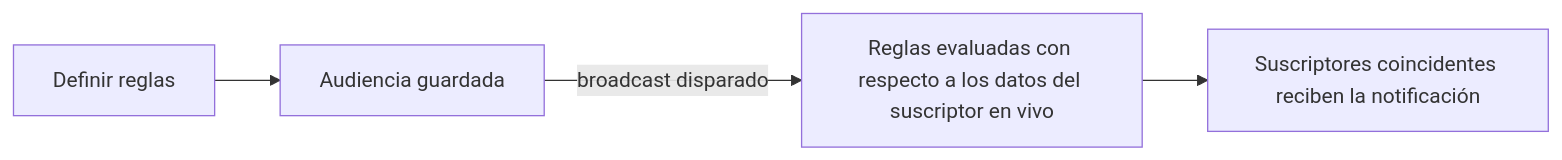
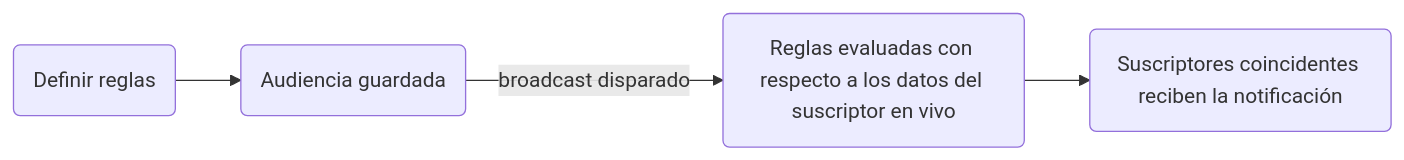
The diagram in content/docs/es/platform/features/audiences.mdx (KriyanshKhunt/nexus_docs), drawn with Mermaid before and after one commit. The commit also changed 20 other files, not shown here.

Commit message:
Handle es Mermaid charts

````diff
--- a/content/docs/es/platform/features/audiences.mdx
+++ b/content/docs/es/platform/features/audiences.mdx
@@ -14,6 +14,6 @@
 ```mermaid
 flowchart LR
-  D[Definir reglas] --> A[Audiencia guardada]
-  A -->|broadcast disparado| E[Reglas evaluadas con respecto a los datos del suscriptor en vivo]
-  E --> M[Suscriptores coincidentes reciben la notificación]
+  D(Definir reglas) --> A(Audiencia guardada)
+  A -->|broadcast disparado| E(Reglas evaluadas con respecto a los datos del suscriptor en vivo)
+  E --> M(Suscriptores coincidentes reciben la notificación)
 ```
````
